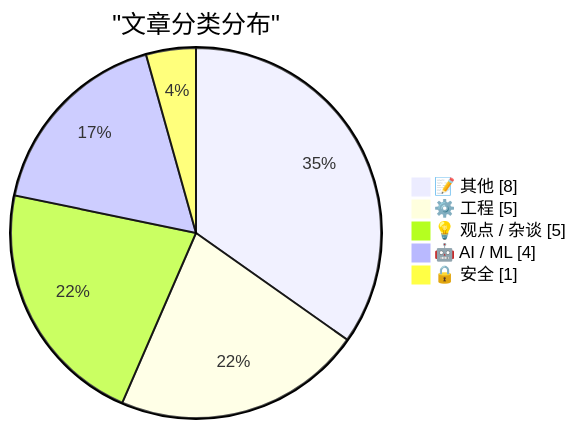
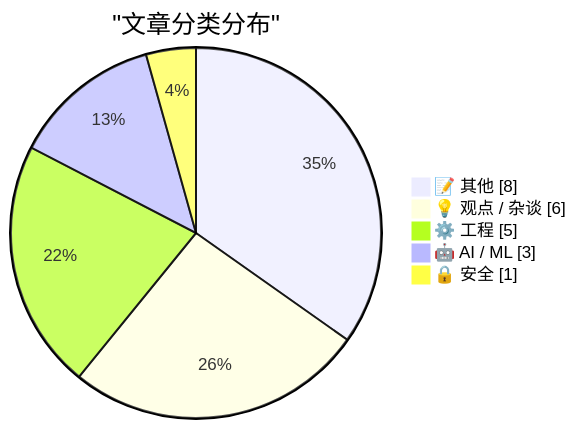
Before and after one commit to hustlyt/ai-daily-digest: the first of 2 diagrams in src/content/digest/2026-02-26.md, drawn with Mermaid. The commit also changed other lines of this file, not shown here.

````diff
--- a/src/content/digest/2026-02-26.md
+++ b/src/content/digest/2026-02-26.md
@@ -70,9 +70,9 @@
 ```mermaid
 pie showData
     title "文章分类分布"
     "📝 其他" : 8
+    "💡 观点 / 杂谈" : 6
     "⚙️ 工程" : 5
-    "💡 观点 / 杂谈" : 5
-    "🤖 AI / ML" : 4
+    "🤖 AI / ML" : 3
     "🔒 安全" : 1
 ```
````
